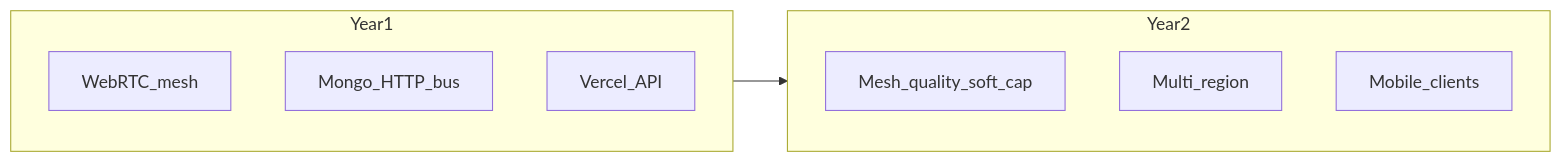
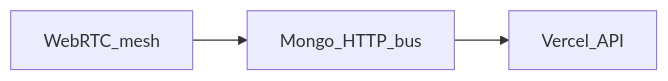
The diagram in ROADMAP.md (SENODROOM/QuantumMeet), drawn with Mermaid before and after one commit. The commit also changed other lines of this file and 9 other files, not shown here.

````diff
--- a/ROADMAP.md
+++ b/ROADMAP.md
@@ -16,14 +13,5 @@
 ```mermaid
 flowchart LR
-  subgraph year1 [Year1]
-    Mesh[WebRTC_mesh]
-    Bus[Mongo_HTTP_bus]
-    API[Vercel_API]
-  end
-  subgraph year2 [Year2]
-    Quality[Mesh_quality_soft_cap]
-    Region[Multi_region]
-    Mobile[Mobile_clients]
-  end
-  year1 --> year2
+  Mesh[WebRTC_mesh] --> Bus[Mongo_HTTP_bus]
+  Bus --> API[Vercel_API]
 ```
````
